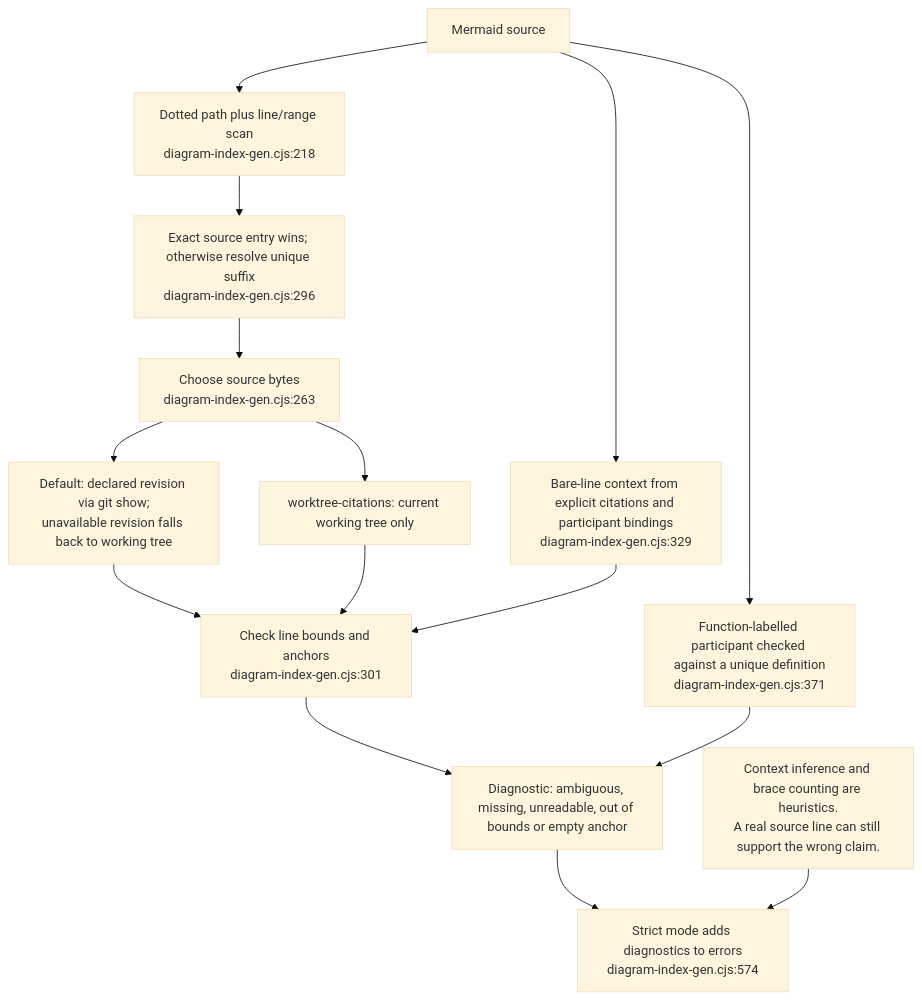
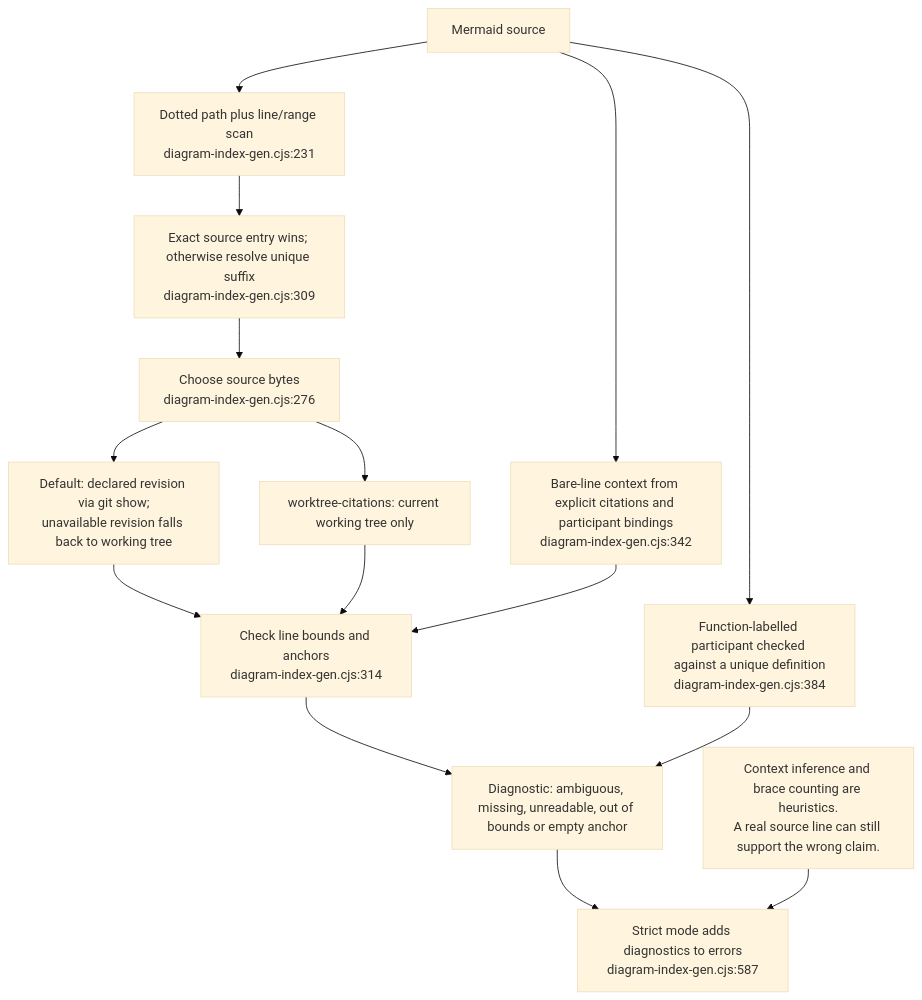
One commit to DreamLab-AI/VisionFlow changed the tenth of 13 diagrams in docs/diagrams/visionflow/06-diagram-tooling.md. Above: the diagram before and after it, drawn with Mermaid (base theme). The commit also changed other lines of this file and 292 other files, not shown here.

````diff
--- a/docs/diagrams/visionflow/06-diagram-tooling.md
+++ b/docs/diagrams/visionflow/06-diagram-tooling.md
@@ -315,17 +315,17 @@
 ```mermaid
 flowchart TB
-    A["Mermaid source"] --> SCAN["Dotted path plus line/range scan<br/>diagram-index-gen.cjs:218"]
-    SCAN --> MATCH["Exact source entry wins; otherwise resolve unique suffix<br/>diagram-index-gen.cjs:296"]
-    MATCH --> MODE["Choose source bytes<br/>diagram-index-gen.cjs:263"]
+    A["Mermaid source"] --> SCAN["Dotted path plus line/range scan<br/>diagram-index-gen.cjs:231"]
+    SCAN --> MATCH["Exact source entry wins; otherwise resolve unique suffix<br/>diagram-index-gen.cjs:309"]
+    MATCH --> MODE["Choose source bytes<br/>diagram-index-gen.cjs:276"]
     MODE --> PIN["Default: declared revision via git show;<br/>unavailable revision falls back to working tree"]
     MODE --> WT["worktree-citations: current working tree only"]
-    PIN --> READ["Check line bounds and anchors<br/>diagram-index-gen.cjs:301"]
+    PIN --> READ["Check line bounds and anchors<br/>diagram-index-gen.cjs:314"]
     WT --> READ
-    A --> BARE["Bare-line context from explicit citations and participant bindings<br/>diagram-index-gen.cjs:329"]
+    A --> BARE["Bare-line context from explicit citations and participant bindings<br/>diagram-index-gen.cjs:342"]
     BARE --> READ
-    A --> SYMBOL["Function-labelled participant checked against a unique definition<br/>diagram-index-gen.cjs:371"]
+    A --> SYMBOL["Function-labelled participant checked against a unique definition<br/>diagram-index-gen.cjs:384"]
     READ --> DIAG["Diagnostic: ambiguous, missing, unreadable, out of bounds or empty anchor"]
     SYMBOL --> DIAG
-    DIAG --> EXIT["Strict mode adds diagnostics to errors<br/>diagram-index-gen.cjs:574"]
+    DIAG --> EXIT["Strict mode adds diagnostics to errors<br/>diagram-index-gen.cjs:587"]
     LIMIT["Context inference and brace counting are heuristics.<br/>A real source line can still support the wrong claim."] --> EXIT
 ```
````
